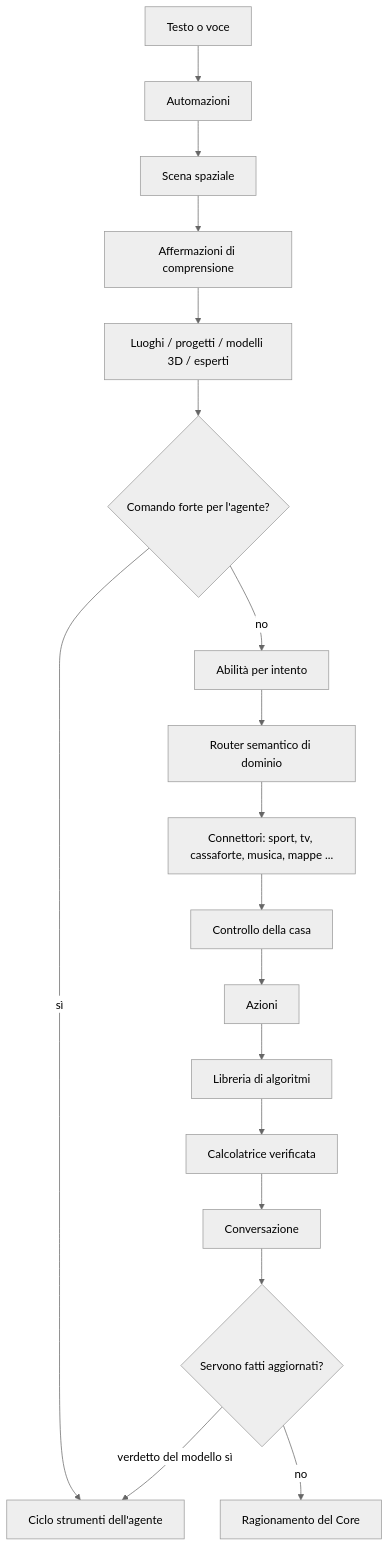
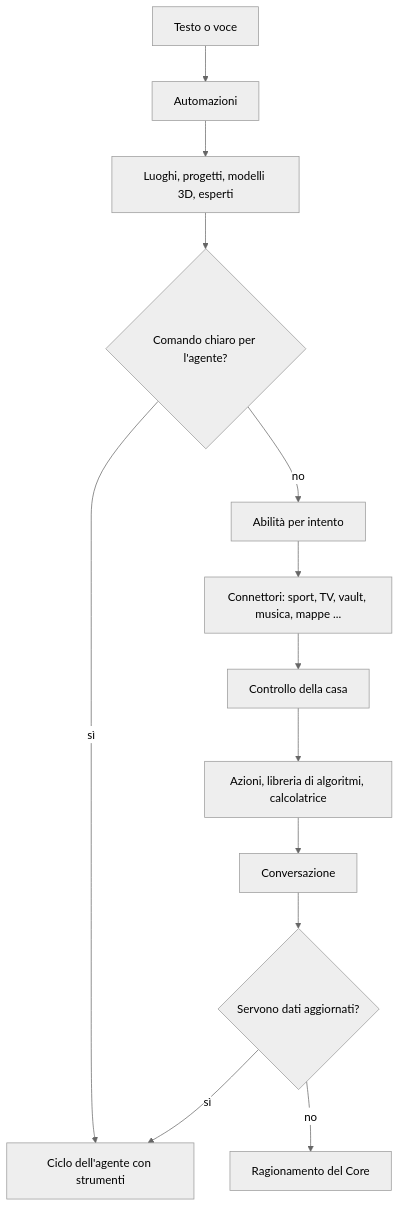
The second of 2 diagrams in README_IT.md (AprileNunzio/Nuxiva), drawn with Mermaid (neutral theme) before and after one commit. The commit also changed other lines of this file and 1 other file, not shown here.

````diff
--- a/README_IT.md
+++ b/README_IT.md
@@ -246,20 +150,15 @@
 ```mermaid
 flowchart TD
     T[Testo o voce] --> A1[Automazioni]
-    A1 --> A2[Scena spaziale]
-    A2 --> A3[Affermazioni di comprensione]
-    A3 --> A4[Luoghi / progetti / modelli 3D / esperti]
-    A4 --> A5{Comando forte per l'agente?}
-    A5 -- sì --> AG[Ciclo strumenti dell'agente]
-    A5 -- no --> A6[Abilità per intento]
-    A6 --> A7[Router semantico di dominio]
-    A7 --> A8[Connettori: sport, tv, cassaforte, musica, mappe ...]
-    A8 --> A9[Controllo della casa]
-    A9 --> A10[Azioni]
-    A10 --> A11[Libreria di algoritmi]
-    A11 --> A12[Calcolatrice verificata]
-    A12 --> CV[Conversazione]
-    CV --> G{Servono fatti aggiornati?}
-    G -- verdetto del modello sì --> AG
+    A1 --> A2[Luoghi, progetti, modelli 3D, esperti]
+    A2 --> A3{Comando chiaro per l'agente?}
+    A3 -- sì --> AG[Ciclo dell'agente con strumenti]
+    A3 -- no --> A4[Abilità per intento]
+    A4 --> A5[Connettori: sport, TV, vault, musica, mappe ...]
+    A5 --> A6[Controllo della casa]
+    A6 --> A7[Azioni, libreria di algoritmi, calcolatrice]
+    A7 --> CV[Conversazione]
+    CV --> G{Servono dati aggiornati?}
+    G -- sì --> AG
     G -- no --> CORE[Ragionamento del Core]
 ```
````
